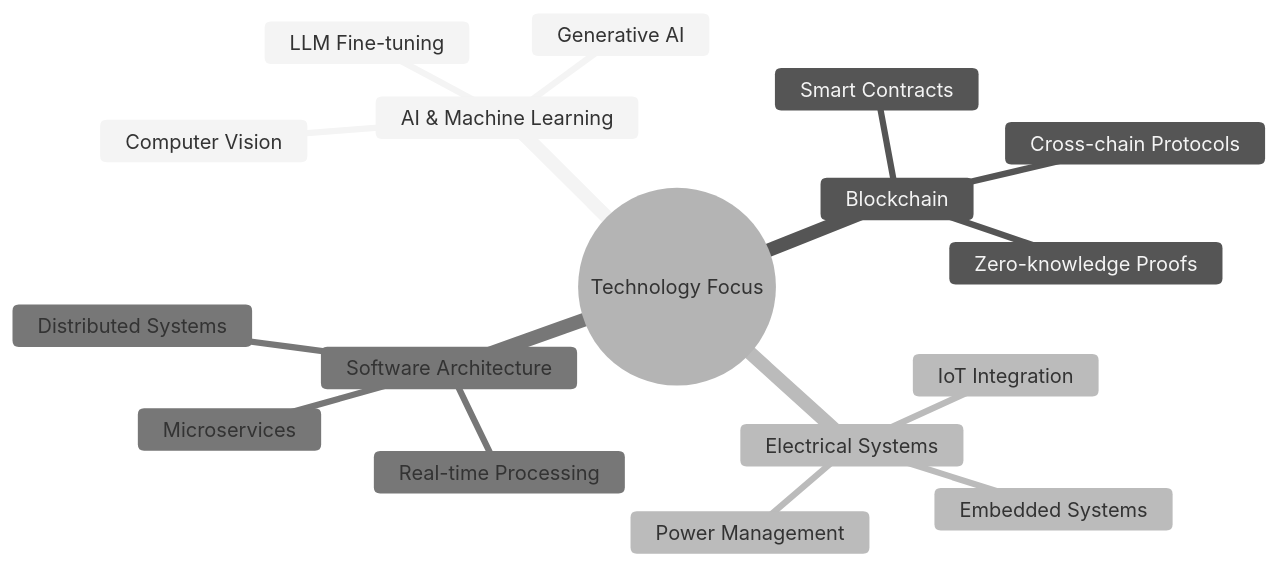
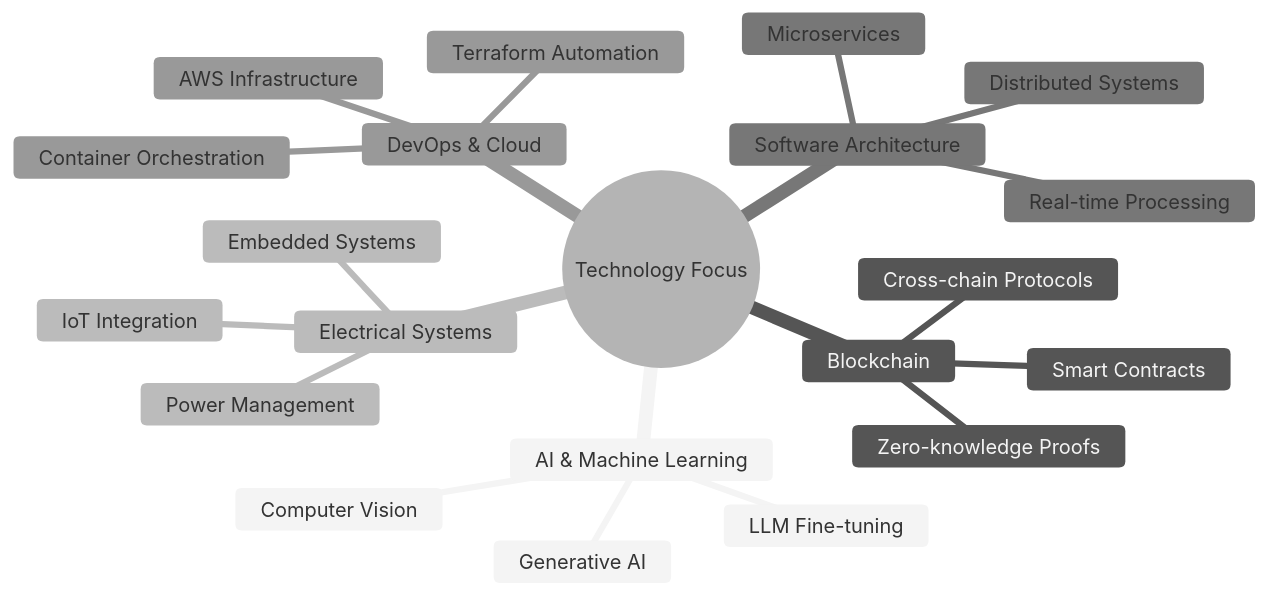
One commit to MUHAMMAD-AMMAR-TANWEER/MUHAMMAD-AMMAR-TANWEER changed the diagram in README.md. Above: the diagram before and after it, drawn with Mermaid (neutral theme). The commit also changed other lines of this file, not shown here.

````diff
--- a/README.md
+++ b/README.md
@@ -50,20 +93,24 @@
 ```mermaid
 mindmap
   root((Technology Focus))
     AI & Machine Learning
       LLM Fine-tuning
       Computer Vision
       Generative AI
     Blockchain
       Smart Contracts
       Zero-knowledge Proofs
       Cross-chain Protocols
     Electrical Systems
       IoT Integration
       Embedded Systems
       Power Management
     Software Architecture
       Microservices
       Distributed Systems
       Real-time Processing
+    DevOps & Cloud
+      AWS Infrastructure
+      Terraform Automation
+      Container Orchestration
 ```
````
